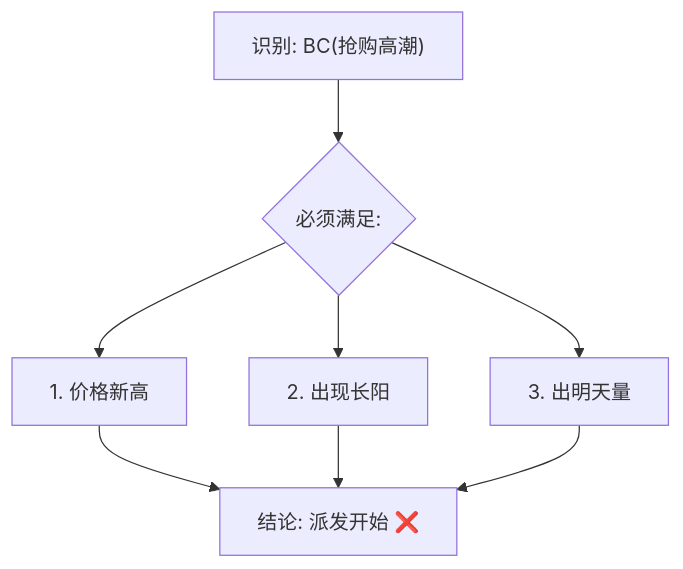
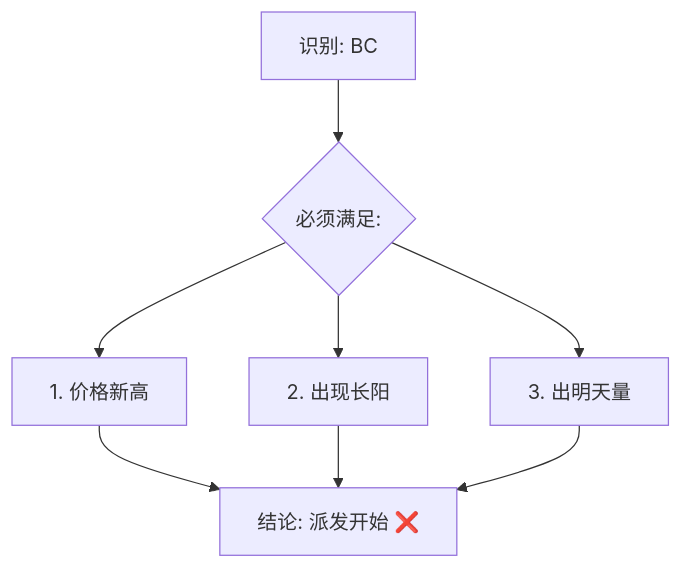
The second of 2 diagrams in docs/第一章_聪明钱解读市场的工具/第六节_牛市中怎么看出供应进场了.md (bigzhu/Wyckoff), drawn with Mermaid before and after one commit. The commit also changed other lines of this file and 10 other files, not shown here.

````diff
--- a/docs/第一章_聪明钱解读市场的工具/第六节_牛市中怎么看出供应进场了.md
+++ b/docs/第一章_聪明钱解读市场的工具/第六节_牛市中怎么看出供应进场了.md
@@ -81,8 +81,8 @@
 ```mermaid
 graph TD
-    A["识别: BC(抢购高潮)"] --> B{"必须满足:"}
+    A["识别: BC"] --> B{"必须满足:"}
     B --> C[1. 价格新高]
     B --> D[2. 出现长阳]
     B --> E[3. 出明天量]
     C & D & E --> F["结论: 派发开始 ❌"]
 ```
````
